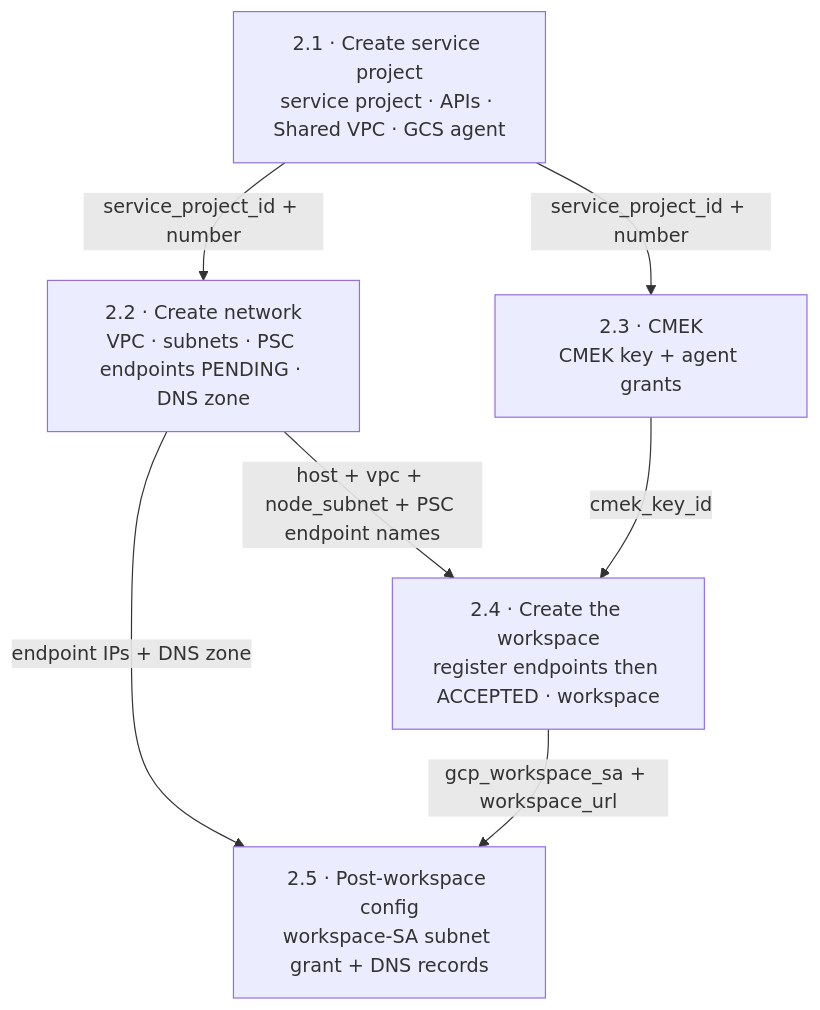
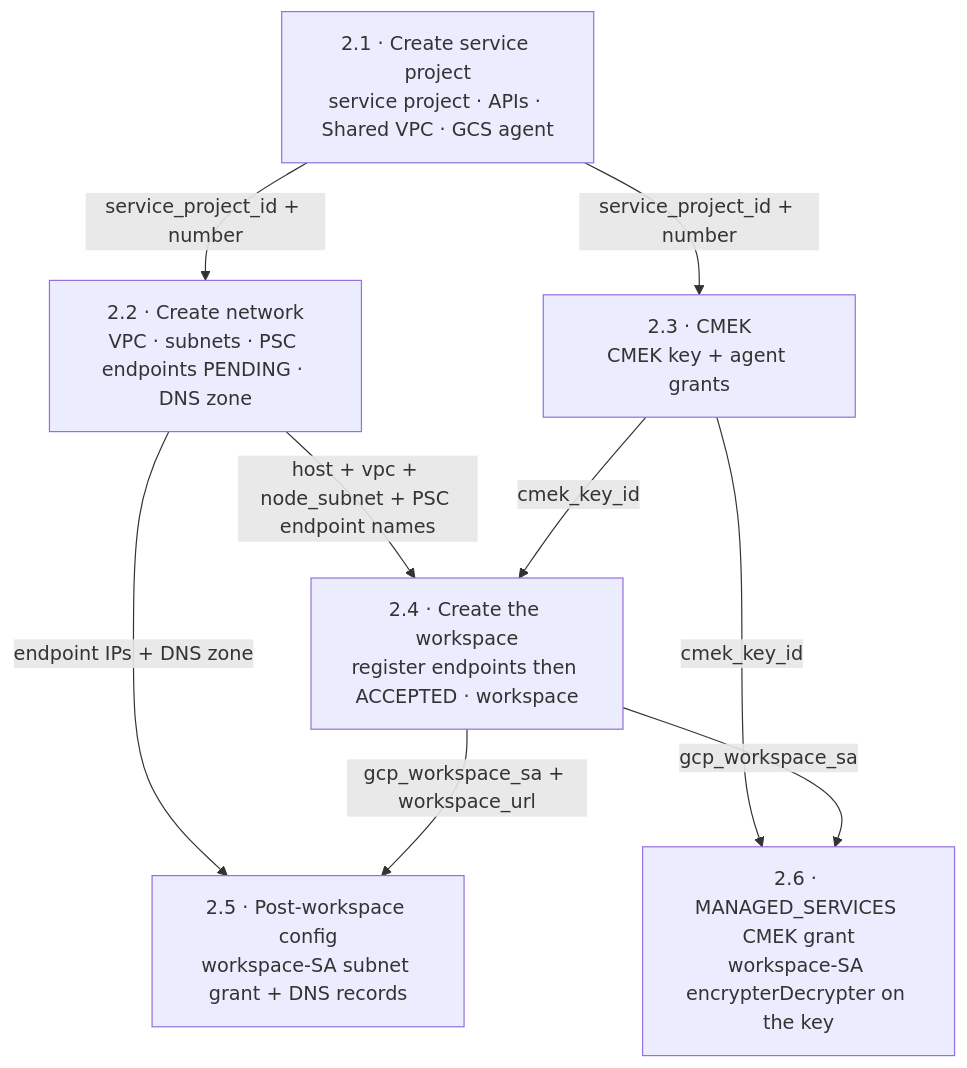
Before and after one commit to klevisa/shared-vpc-cmk-psc-databricks-deployment: the diagram in workspace-setup/README.md, drawn with Mermaid. The commit also changed other lines of this file and 9 other files, not shown here.

First line of the commit message:
Add step 2.6: MANAGED_SERVICES CMEK grant for the workspace SA

````diff
--- a/workspace-setup/README.md
+++ b/workspace-setup/README.md
@@ -64,15 +72,18 @@
 ```mermaid
 flowchart TB
     P0["2.1 · Create service project<br/>service project · APIs · Shared VPC · GCS agent"]
     P1["2.2 · Create network<br/>VPC · subnets · PSC endpoints PENDING · DNS zone"]
     P2["2.3 · CMEK<br/>CMEK key + agent grants"]
     P3["2.4 · Create the workspace<br/>register endpoints then ACCEPTED · workspace"]
     P4["2.5 · Post-workspace config<br/>workspace-SA subnet grant + DNS records"]
+    P5["2.6 · MANAGED_SERVICES CMEK grant<br/>workspace-SA encrypterDecrypter on the key"]
 
     P0 -->|"service_project_id + number"| P1
     P0 -->|"service_project_id + number"| P2
     P1 -->|"host + vpc + node_subnet + PSC endpoint names"| P3
     P2 -->|"cmek_key_id"| P3
     P1 -->|"endpoint IPs + DNS zone"| P4
     P3 -->|"gcp_workspace_sa + workspace_url"| P4
+    P2 -->|"cmek_key_id"| P5
+    P3 -->|"gcp_workspace_sa"| P5
 ```
````
